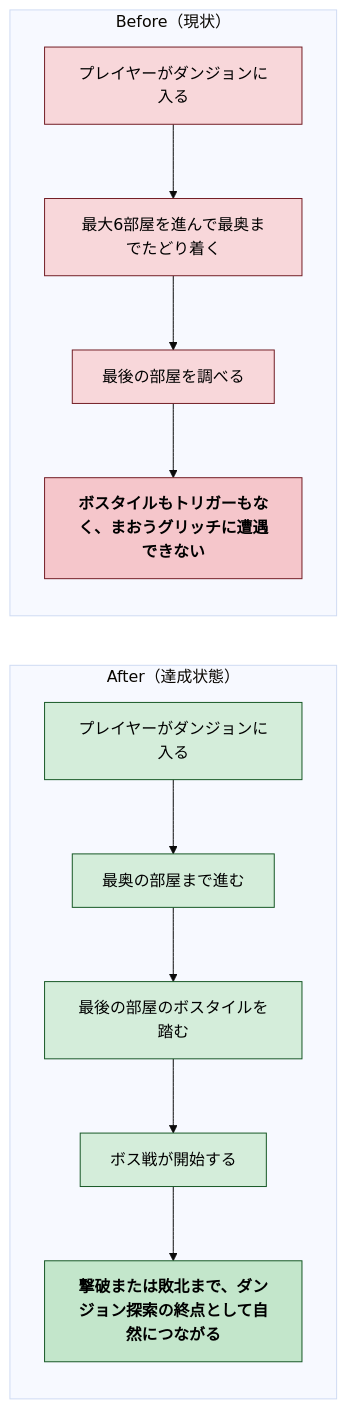
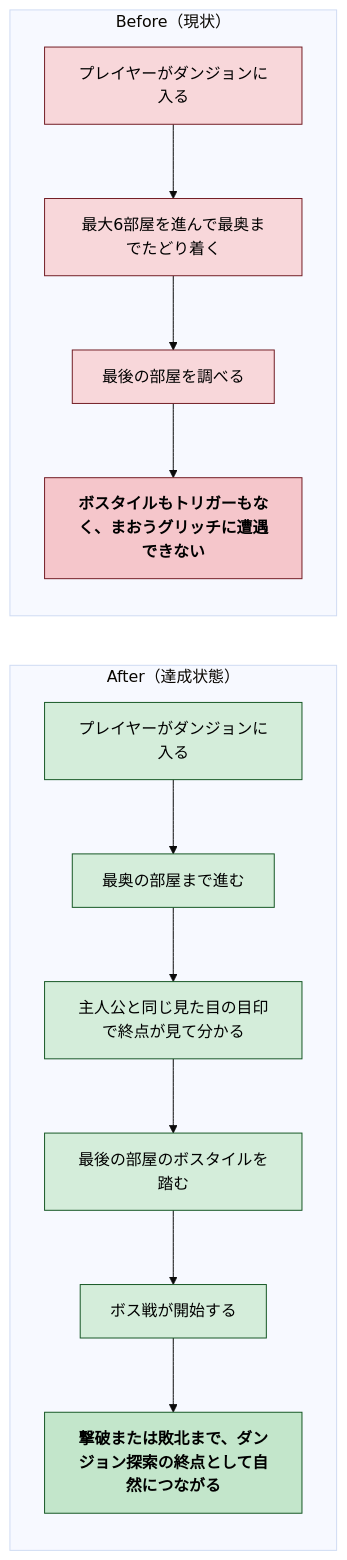
The first of 8 diagrams in docs/steering/20260413-j38-dungeon-boss-trigger.md (tatsuro-ueda/code-quest-pyxel), drawn with Mermaid (base theme) before and after one commit. The commit also changed other lines of this file and 8 other files, not shown here.

````diff
--- a/docs/steering/20260413-j38-dungeon-boss-trigger.md
+++ b/docs/steering/20260413-j38-dungeon-boss-trigger.md
@@ -27,31 +27,32 @@
 ```mermaid
 flowchart TB
     subgraph BEFORE["Before（現状）"]
         direction TB
         B1["プレイヤーがダンジョンに入る"]
         B1 --> B2["最大6部屋を進んで最奥までたどり着く"]
         B2 --> B3["最後の部屋を調べる"]
         B3 --> B_END["ボスタイルもトリガーもなく、まおうグリッチに遭遇できない"]
     end
 
     subgraph AFTER["After（達成状態）"]
         direction TB
         A1["プレイヤーがダンジョンに入る"]
         A1 --> A2["最奥の部屋まで進む"]
-        A2 --> A3["最後の部屋のボスタイルを踏む"]
+        A2 --> A2B["主人公と同じ見た目の目印で終点が見て分かる"]
+        A2B --> A3["最後の部屋のボスタイルを踏む"]
         A3 --> A4["ボス戦が開始する"]
         A4 --> A_END["撃破または敗北まで、ダンジョン探索の終点として自然につながる"]
     end
 
     BEFORE ~~~ AFTER
 
     classDef oldStyle fill:#f8d7da,stroke:#721c24,color:#000000;
     classDef newStyle fill:#d4edda,stroke:#155724,color:#000000;
     classDef endOld fill:#f5c6cb,stroke:#721c24,color:#000000,font-weight:bold;
     classDef endNew fill:#c3e6cb,stroke:#155724,color:#000000,font-weight:bold;
 
     class B1,B2,B3 oldStyle;
-    class A1,A2,A3,A4 newStyle;
+    class A1,A2,A2B,A3,A4 newStyle;
     class B_END endOld;
     class A_END endNew;
 ```
````
